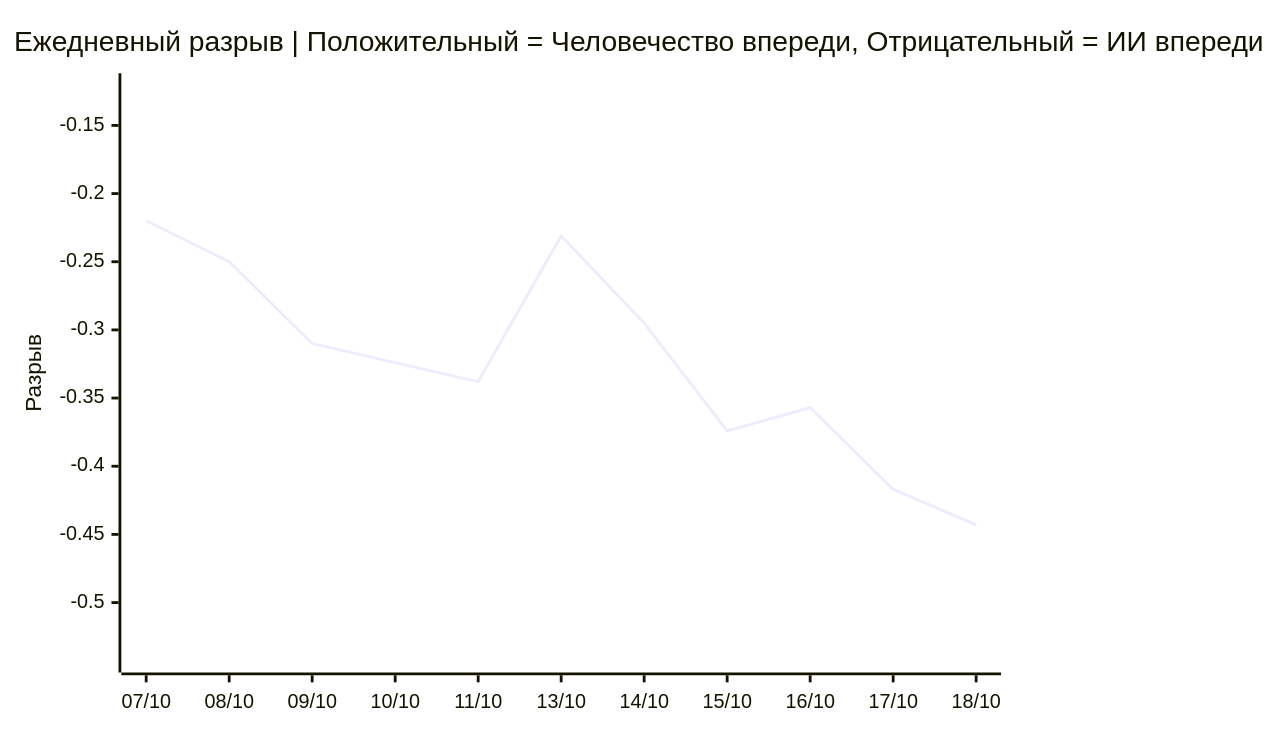
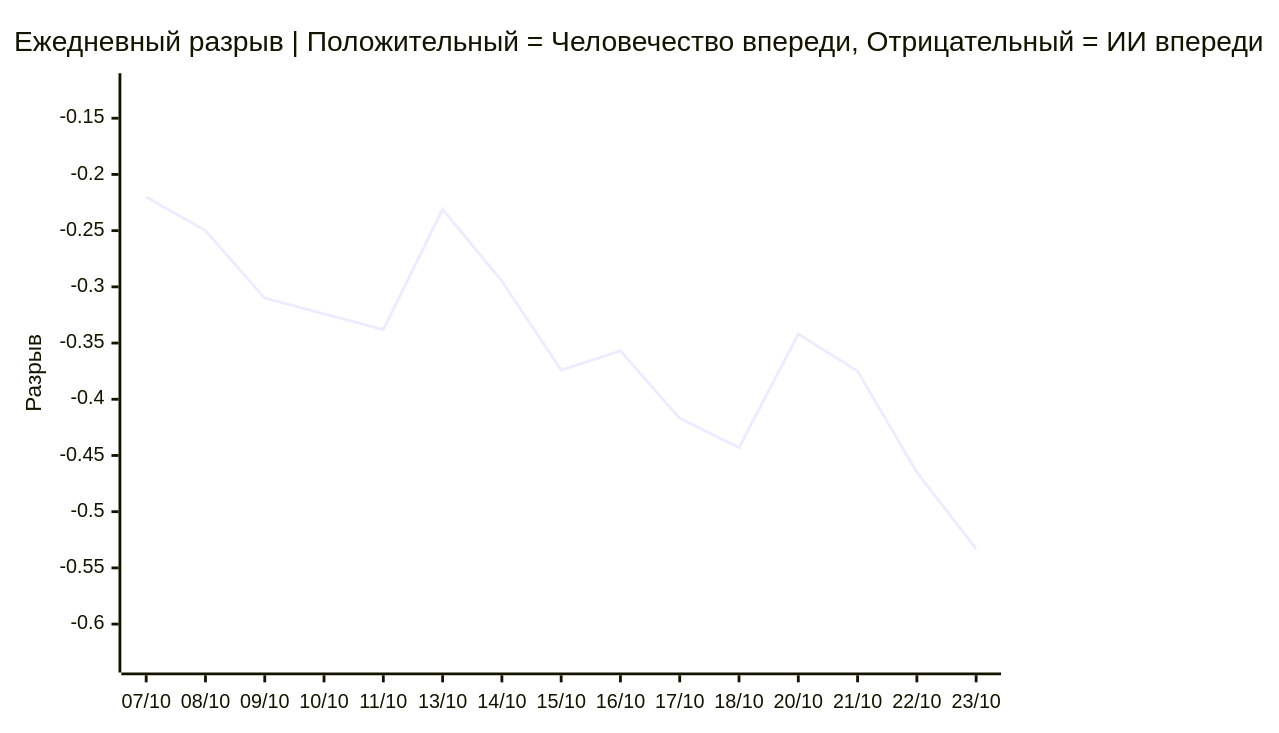
Before and after one commit to VQQLK/Human-AI-Monitor: the third of 3 diagrams in README.ru.md, drawn with Mermaid. The commit also changed other lines of this file and 5 other files, not shown here.

````diff
--- a/README.ru.md
+++ b/README.ru.md
@@ -54,7 +54,7 @@
 ```mermaid
 xychart-beta
     title "Ежедневный разрыв | Положительный = Человечество впереди, Отрицательный = ИИ впереди"
-    x-axis ["07/10", "08/10", "09/10", "10/10", "11/10", "13/10", "14/10", "15/10", "16/10", "17/10", "18/10"]
-    y-axis "Разрыв" -0.543 --> -0.120
-    line [-0.220, -0.250, -0.310, -0.324, -0.338, -0.231, -0.295, -0.374, -0.357, -0.417, -0.443]
+    x-axis ["07/10", "08/10", "09/10", "10/10", "11/10", "13/10", "14/10", "15/10", "16/10", "17/10", "18/10", "20/10", "21/10", "22/10", "23/10"]
+    y-axis "Разрыв" -0.633 --> -0.120
+    line [-0.220, -0.250, -0.310, -0.324, -0.338, -0.231, -0.295, -0.374, -0.357, -0.417, -0.443, -0.342, -0.375, -0.465, -0.533]
 ```
````
